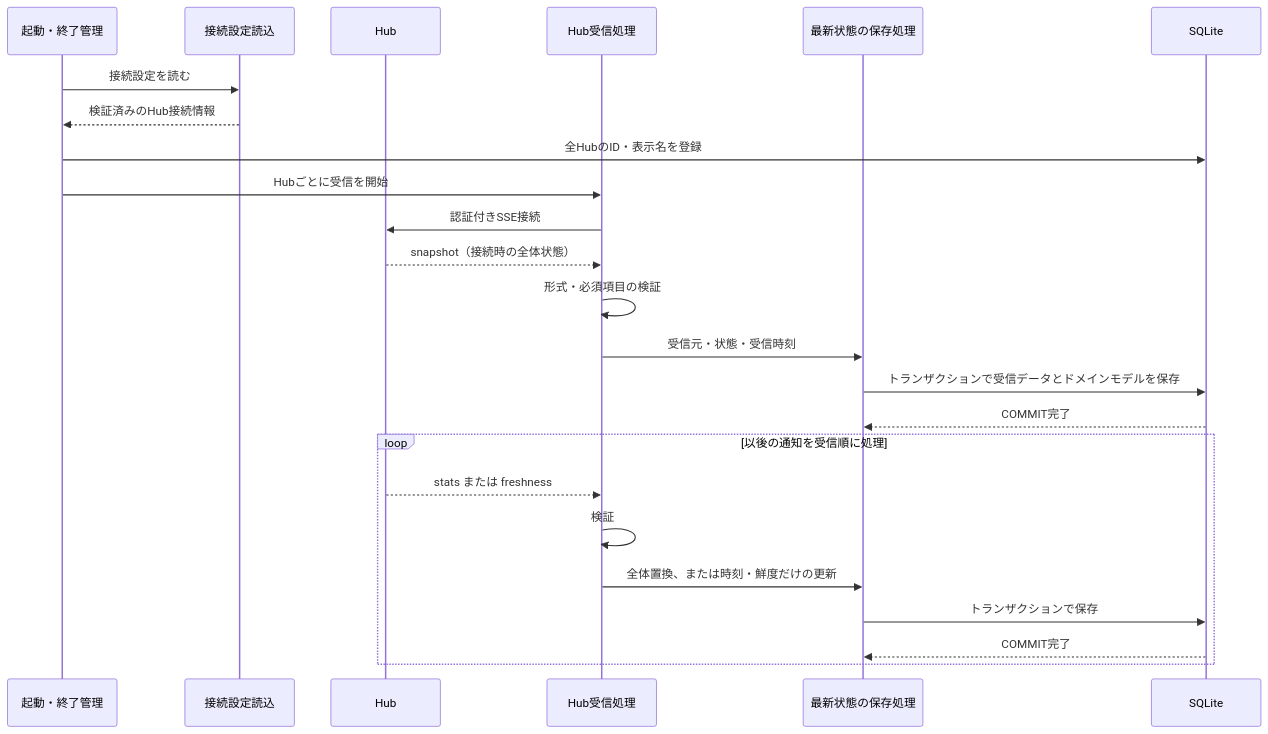
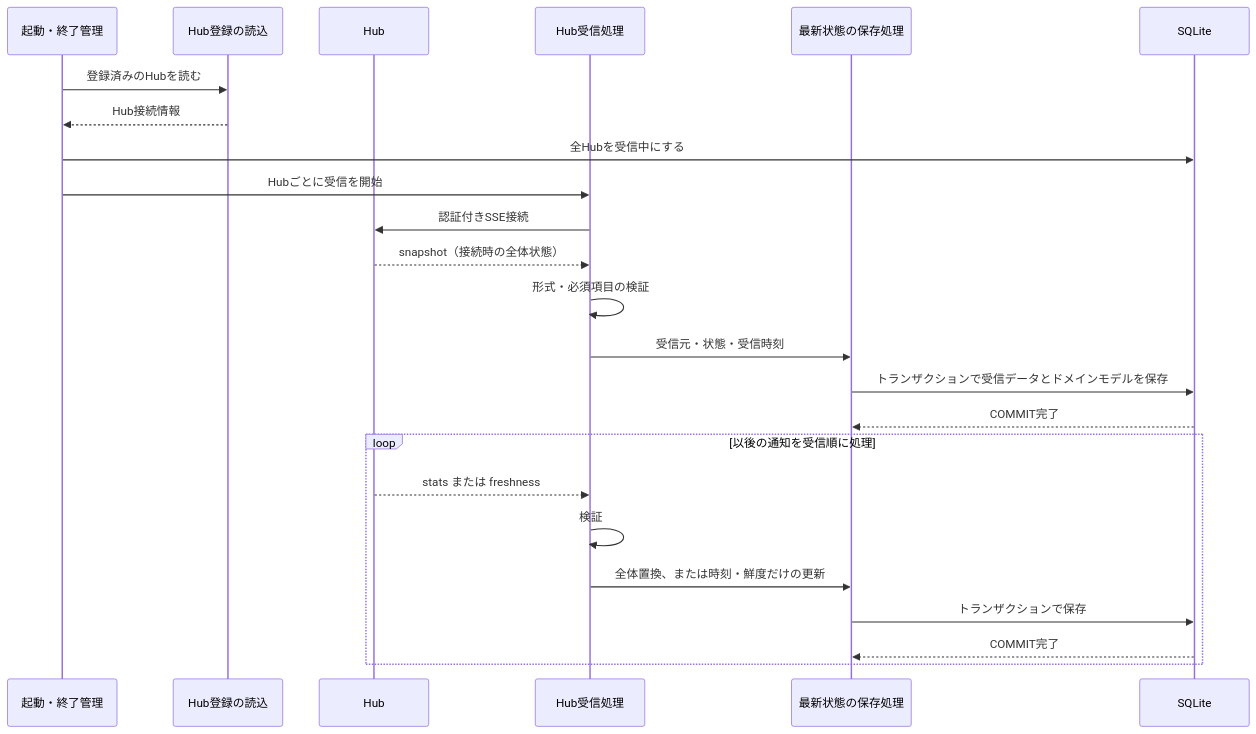
One commit to nuitsjp/multi-token-monitor changed the diagram in docs/design/UCP-1.md. Above: the diagram before and after it, drawn with Mermaid. The commit also changed other lines of this file and 16 other files, not shown here.

````diff
--- a/docs/design/UCP-1.md
+++ b/docs/design/UCP-1.md
@@ -14,26 +14,26 @@
 ```mermaid
 sequenceDiagram
   participant L as 起動・終了管理
-  participant C as 接続設定読込
+  participant C as Hub登録の読込
   participant H as Hub
   participant R as Hub受信処理
   participant S as 最新状態の保存処理
   participant D as SQLite
-  L->>C: 接続設定を読む
-  C-->>L: 検証済みのHub接続情報
-  L->>D: 全HubのID・表示名を登録
+  L->>C: 登録済みのHubを読む
+  C-->>L: Hub接続情報
+  L->>D: 全Hubを受信中にする
   L->>R: Hubごとに受信を開始
   R->>H: 認証付きSSE接続
   H-->>R: snapshot（接続時の全体状態）
   R->>R: 形式・必須項目の検証
   R->>S: 受信元・状態・受信時刻
   S->>D: トランザクションで受信データとドメインモデルを保存
   D-->>S: COMMIT完了
   loop 以後の通知を受信順に処理
     H-->>R: stats または freshness
     R->>R: 検証
     R->>S: 全体置換、または時刻・鮮度だけの更新
     S->>D: トランザクションで保存
     D-->>S: COMMIT完了
   end
 ```
````
